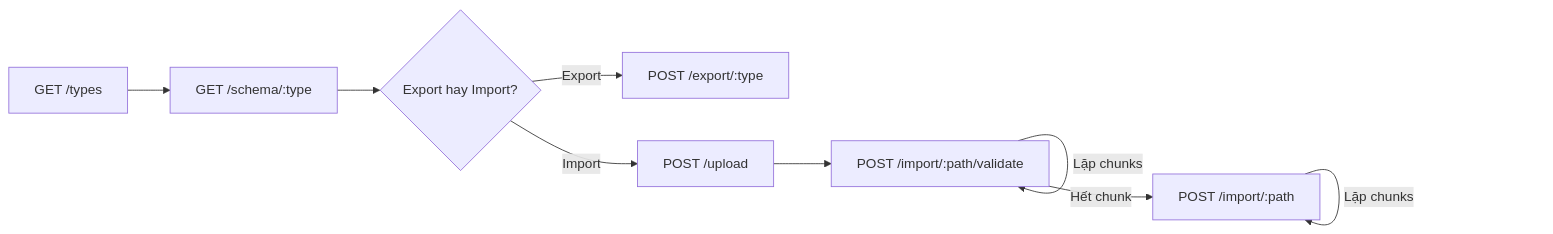
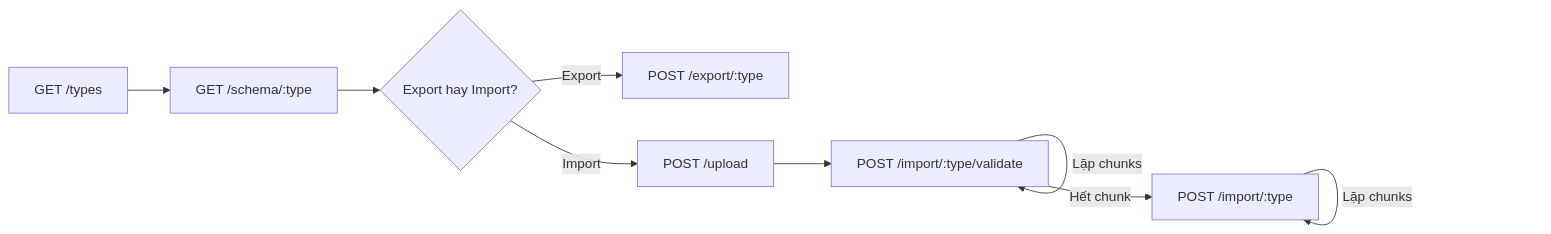
The diagram in app/Containers/AppSection/Tools/docs/DATA_SYNCHRONIZE_API_GUIDE.md (tuandv-flashship/api-cms-flashtech), drawn with Mermaid before and after one commit. The commit also changed other lines of this file and 71 other files, not shown here.

````diff
--- a/app/Containers/AppSection/Tools/docs/DATA_SYNCHRONIZE_API_GUIDE.md
+++ b/app/Containers/AppSection/Tools/docs/DATA_SYNCHRONIZE_API_GUIDE.md
@@ -35,11 +53,11 @@
 ```mermaid
 flowchart LR
     A[GET /types] --> B[GET /schema/:type]
     B --> C{Export hay Import?}
     C -->|Export| D[POST /export/:type]
     C -->|Import| E[POST /upload]
-    E --> F[POST /import/:path/validate]
+    E --> F[POST /import/:type/validate]
     F -->|Lặp chunks| F
-    F -->|Hết chunk| G[POST /import/:path]
+    F -->|Hết chunk| G[POST /import/:type]
     G -->|Lặp chunks| G
 ```
````
